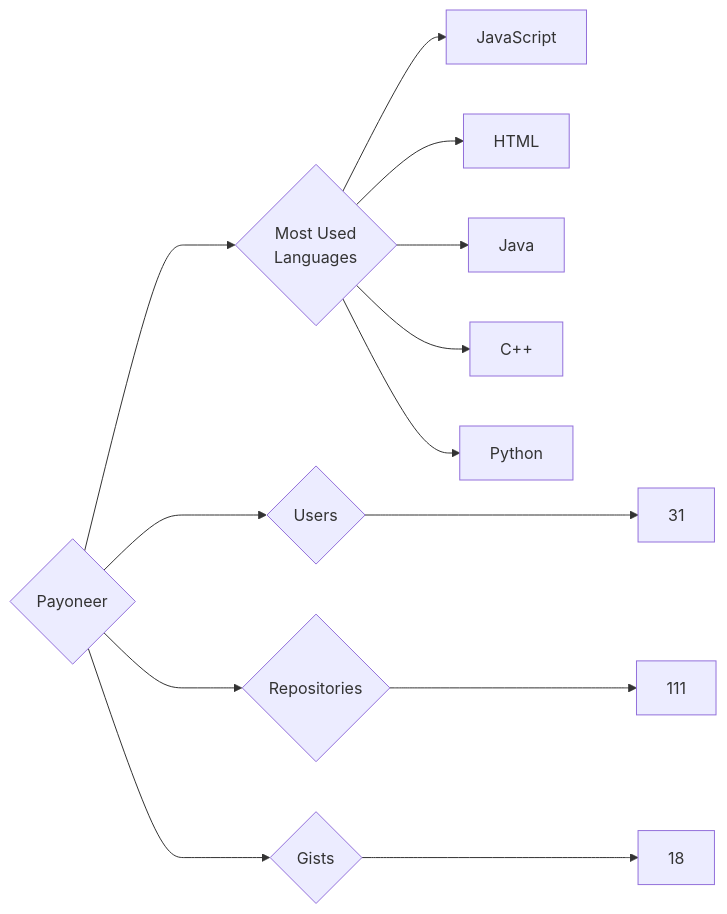
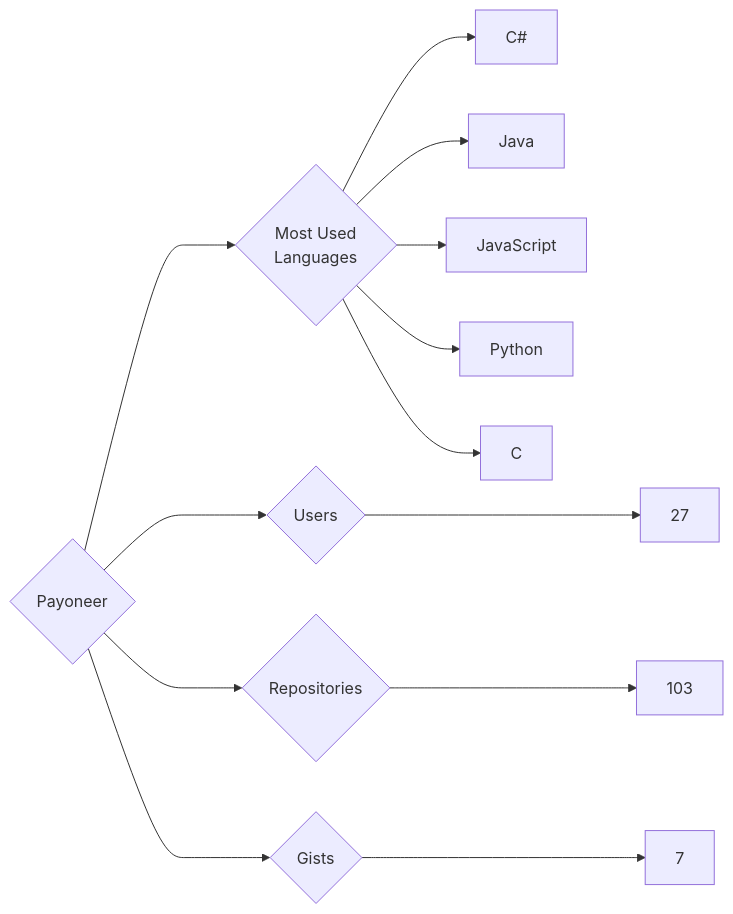
One commit to trickest/insiders changed the diagram in targets/Payoneer/README.md. Above: the diagram before and after it, drawn with Mermaid. The commit also changed 833 other files, not shown here.

````diff
--- a/targets/Payoneer/README.md
+++ b/targets/Payoneer/README.md
@@ -3,13 +3,13 @@
 ```mermaid
 graph LR
 COMPANY_NAME{Payoneer}
-COMPANY_NAME ---> U{Users} ---> UN[31]
-COMPANY_NAME ---> R{Repositories} ---> RN[111]
-COMPANY_NAME ---> G{Gists} ---> GN[18]
+COMPANY_NAME ---> U{Users} ---> UN[27]
+COMPANY_NAME ---> R{Repositories} ---> RN[103]
+COMPANY_NAME ---> G{Gists} ---> GN[7]
 COMPANY_NAME ---> ML{Most Used<br>Languages}
+ML --> C#[C#]
+ML --> Java[Java]
 ML --> JavaScript[JavaScript]
-ML --> HTML[HTML]
-ML --> Java[Java]
-ML --> C++[C++]
 ML --> Python[Python]
+ML --> C[C]
 ```
````
